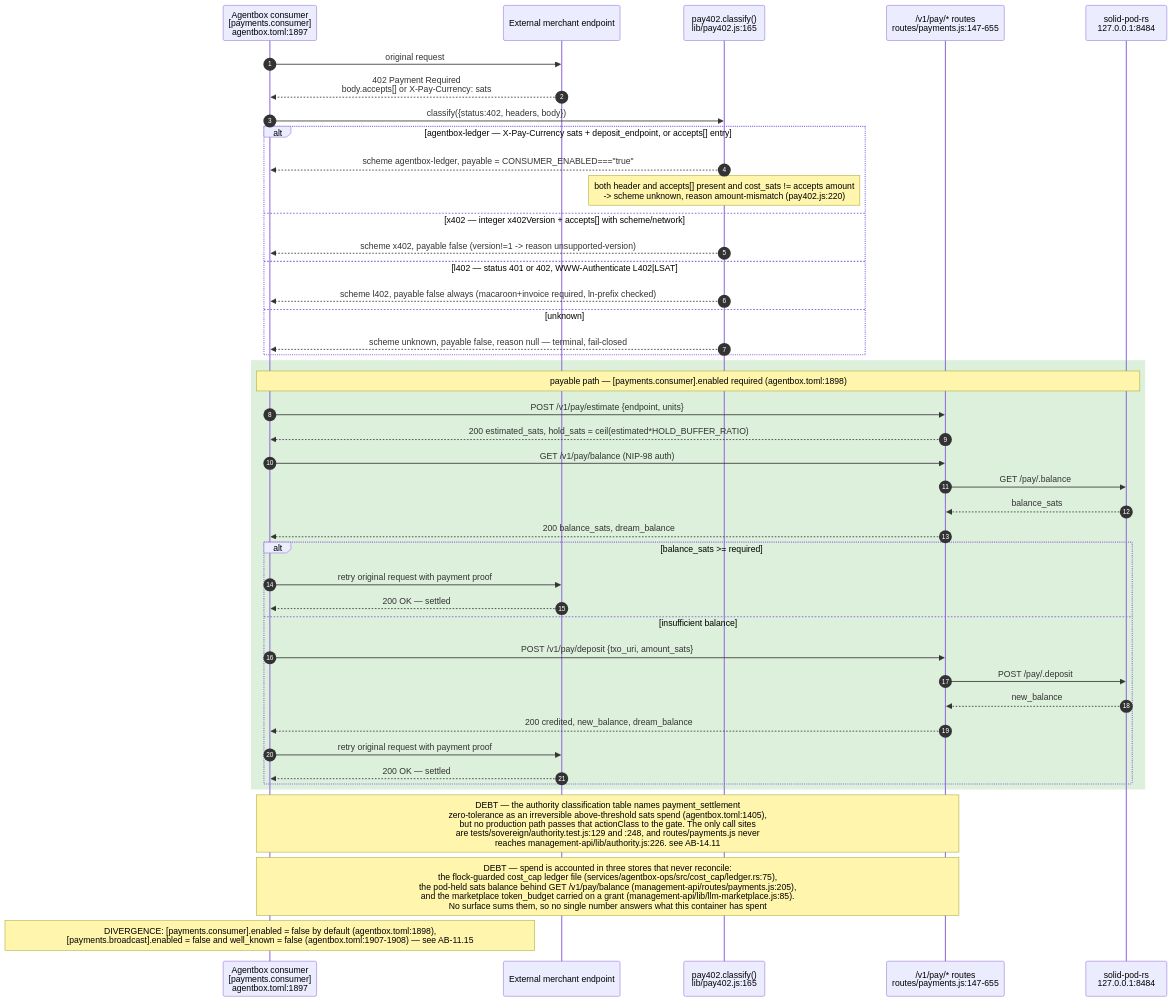
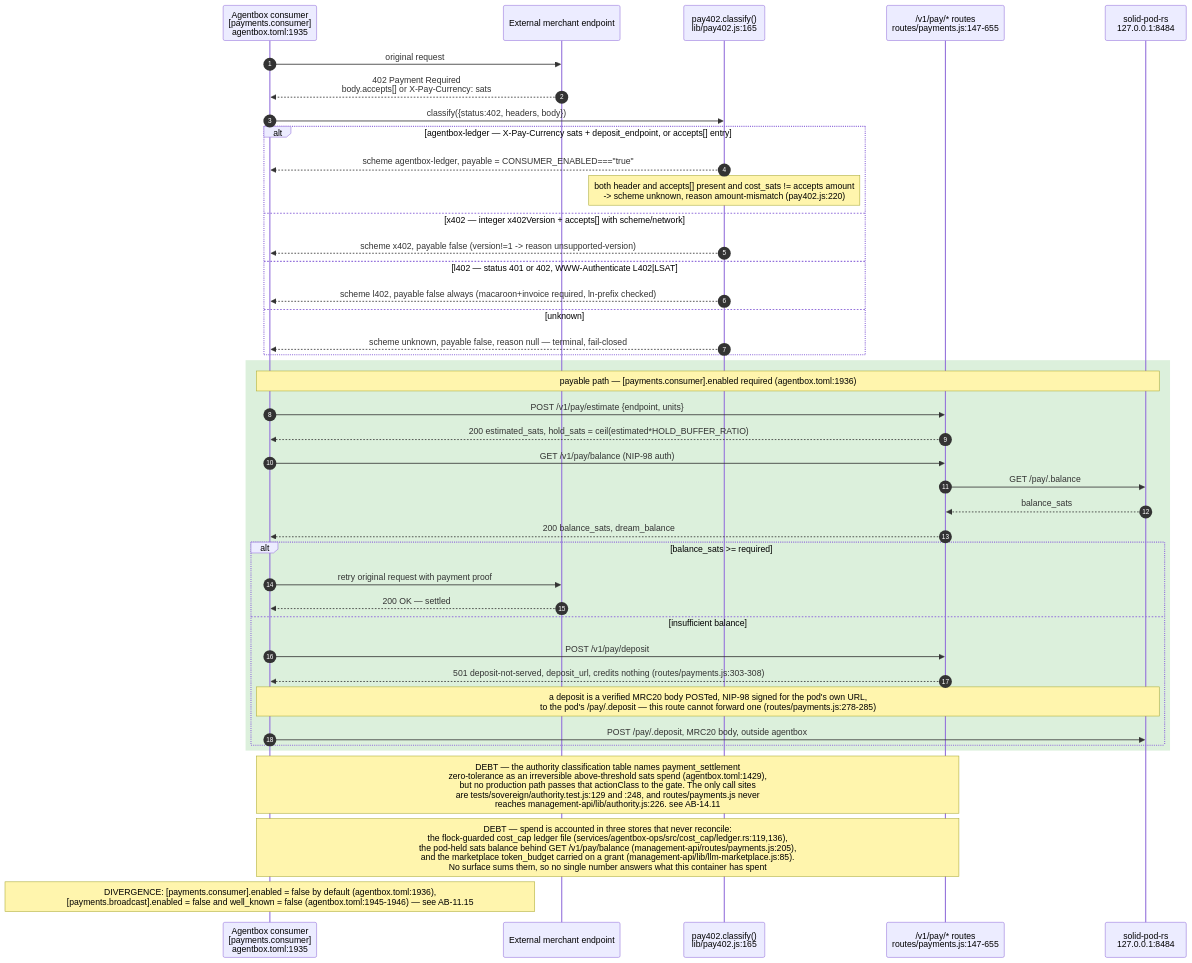
Before and after one commit to DreamLab-AI/VisionFlow: the sixth of 15 diagrams in docs/diagrams/agentbox/15-capability-gating-spend-consultants.md, drawn with Mermaid. The commit also changed other lines of this file and 173 other files, not shown here.

First line of the commit message:
docs(audit): estate audit wave 3, agentbox and VisionClaw; ledger complete

````diff
--- a/docs/diagrams/agentbox/15-capability-gating-spend-consultants.md
+++ b/docs/diagrams/agentbox/15-capability-gating-spend-consultants.md
@@ -290,47 +290,45 @@
 ```mermaid
 sequenceDiagram
     autonumber
-    participant Agent as Agentbox consumer<br/>[payments.consumer]<br/>agentbox.toml:1897
+    participant Agent as Agentbox consumer<br/>[payments.consumer]<br/>agentbox.toml:1935
     participant Merchant as External merchant endpoint
     participant Classify as pay402.classify()<br/>lib/pay402.js:165
     participant Pay as /v1/pay/* routes<br/>routes/payments.js:147-655
     participant Pod as solid-pod-rs<br/>127.0.0.1:8484
 
     Agent->>Merchant: original request
     Merchant-->>Agent: 402 Payment Required<br/>body.accepts[] or X-Pay-Currency: sats
     Agent->>Classify: classify({status:402, headers, body})
     alt agentbox-ledger — X-Pay-Currency sats + deposit_endpoint, or accepts[] entry
         Classify-->>Agent: scheme agentbox-ledger, payable = CONSUMER_ENABLED==="true"
         Note over Classify: both header and accepts[] present and cost_sats != accepts amount<br/>-> scheme unknown, reason amount-mismatch (pay402.js:220)
     else x402 — integer x402Version + accepts[] with scheme/network
         Classify-->>Agent: scheme x402, payable false #40;version!=1 -> reason unsupported-version#41;
     else l402 — status 401 or 402, WWW-Authenticate L402#124;LSAT
         Classify-->>Agent: scheme l402, payable false always #40;macaroon+invoice required, ln-prefix checked#41;
     else unknown
         Classify-->>Agent: scheme unknown, payable false, reason null — terminal, fail-closed
     end
 
     rect rgb(220,240,220)
-    Note over Agent,Pod: payable path — [payments.consumer].enabled required (agentbox.toml:1898)
+    Note over Agent,Pod: payable path — [payments.consumer].enabled required (agentbox.toml:1936)
     Agent->>Pay: POST /v1/pay/estimate {endpoint, units}
     Pay-->>Agent: 200 estimated_sats, hold_sats = ceil(estimated*HOLD_BUFFER_RATIO)
     Agent->>Pay: GET /v1/pay/balance (NIP-98 auth)
     Pay->>Pod: GET /pay/.balance
     Pod-->>Pay: balance_sats
     Pay-->>Agent: 200 balance_sats, dream_balance
     alt balance_sats #62;#61; required
         Agent->>Merchant: retry original request with payment proof
         Merchant-->>Agent: 200 OK — settled
     else insufficient balance
-        Agent->>Pay: POST /v1/pay/deposit {txo_uri, amount_sats}
-        Pay->>Pod: POST /pay/.deposit
-        Pod-->>Pay: new_balance
-        Pay-->>Agent: 200 credited, new_balance, dream_balance
-        Agent->>Merchant: retry original request with payment proof
-        Merchant-->>Agent: 200 OK — settled
+        Agent->>Pay: POST /v1/pay/deposit
+        Pay-->>Agent: 501 deposit-not-served, deposit_url, credits nothing (routes/payments.js:303-308)
+        Note over Agent,Pod: a deposit is a verified MRC20 body POSTed, NIP-98 signed for the pod's own URL,<br/>to the pod's /pay/.deposit — this route cannot forward one (routes/payments.js:278-285)
+        Agent->>Pod: POST /pay/.deposit, MRC20 body, outside agentbox
     end
     end
-    Note over Agent,Pay: DEBT — the authority classification table names payment_settlement<br/>zero-tolerance as an irreversible above-threshold sats spend (agentbox.toml:1405),<br/>but no production path passes that actionClass to the gate. The only call sites<br/>are tests/sovereign/authority.test.js:129 and :248, and routes/payments.js never<br/>reaches management-api/lib/authority.js:226. see AB-14.11
-    Note over Agent,Pay: DEBT — spend is accounted in three stores that never reconcile:<br/>the flock-guarded cost_cap ledger file (services/agentbox-ops/src/cost_cap/ledger.rs:75),<br/>the pod-held sats balance behind GET /v1/pay/balance (management-api/routes/payments.js:205),<br/>and the marketplace token_budget carried on a grant (management-api/lib/llm-marketplace.js:85).<br/>No surface sums them, so no single number answers what this container has spent
-    Note over Agent: DIVERGENCE: #91;payments.consumer#93;.enabled = false by default #40;agentbox.toml:1898#41;,<br/>#91;payments.broadcast#93;.enabled = false and well_known = false #40;agentbox.toml:1907-1908#41; — see AB-11.15
+    Note over Agent,Pay: DEBT — the authority classification table names payment_settlement<br/>zero-tolerance as an irreversible above-threshold sats spend (agentbox.toml:1429),<br/>but no production path passes that actionClass to the gate. The only call sites<br/>are tests/sovereign/authority.test.js:129 and :248, and routes/payments.js never<br/>reaches management-api/lib/authority.js:226. see AB-14.11
+    Note over Agent,Pay: DEBT — spend is accounted in three stores that never reconcile:<br/>the flock-guarded cost_cap ledger file (services/agentbox-ops/src/cost_cap/ledger.rs:119,136),<br/>the pod-held sats balance behind GET /v1/pay/balance (management-api/routes/payments.js:205),<br/>and the marketplace token_budget carried on a grant (management-api/lib/llm-marketplace.js:85).<br/>No surface sums them, so no single number answers what this container has spent
+    Note over Agent: DIVERGENCE: #91;payments.consumer#93;.enabled = false by default #40;agentbox.toml:1936#41;,<br/>#91;payments.broadcast#93;.enabled = false and well_known = false #40;agentbox.toml:1945-1946#41; — see AB-11.15
 ```
````
